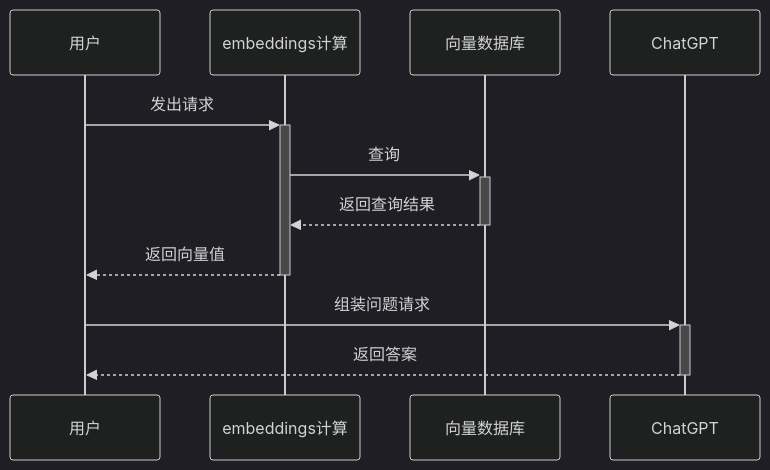
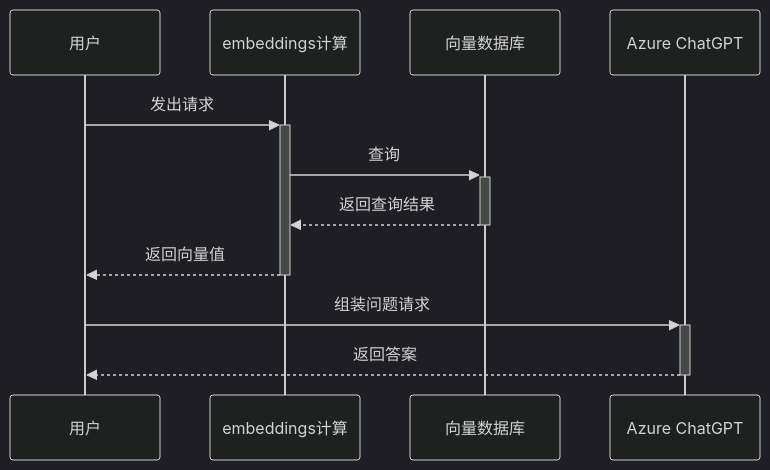
One commit to gnfy/doc-ai-azure changed the second of 2 diagrams in README.md. Above: the diagram before and after it, drawn with Mermaid (dark theme). The commit also changed other lines of this file, not shown here.

Commit message:
时序图更新:eyes:

````diff
--- a/README.md
+++ b/README.md
@@ -25,14 +22,10 @@
 ```mermaid
 sequenceDiagram
-    participant 用户
-    participant embeddings计算
-    participant 向量数据库
-    participant ChatGPT
     用户->>+embeddings计算: 发出请求
     embeddings计算->>+向量数据库: 查询
     向量数据库-->>-embeddings计算: 返回查询结果
     embeddings计算-->>-用户: 返回向量值
-    用户->>+ChatGPT: 组装问题请求
-    ChatGPT-->>-用户: 返回答案
+    用户->>+Azure ChatGPT: 组装问题请求
+    Azure ChatGPT-->>-用户: 返回答案
 
 ```
````
